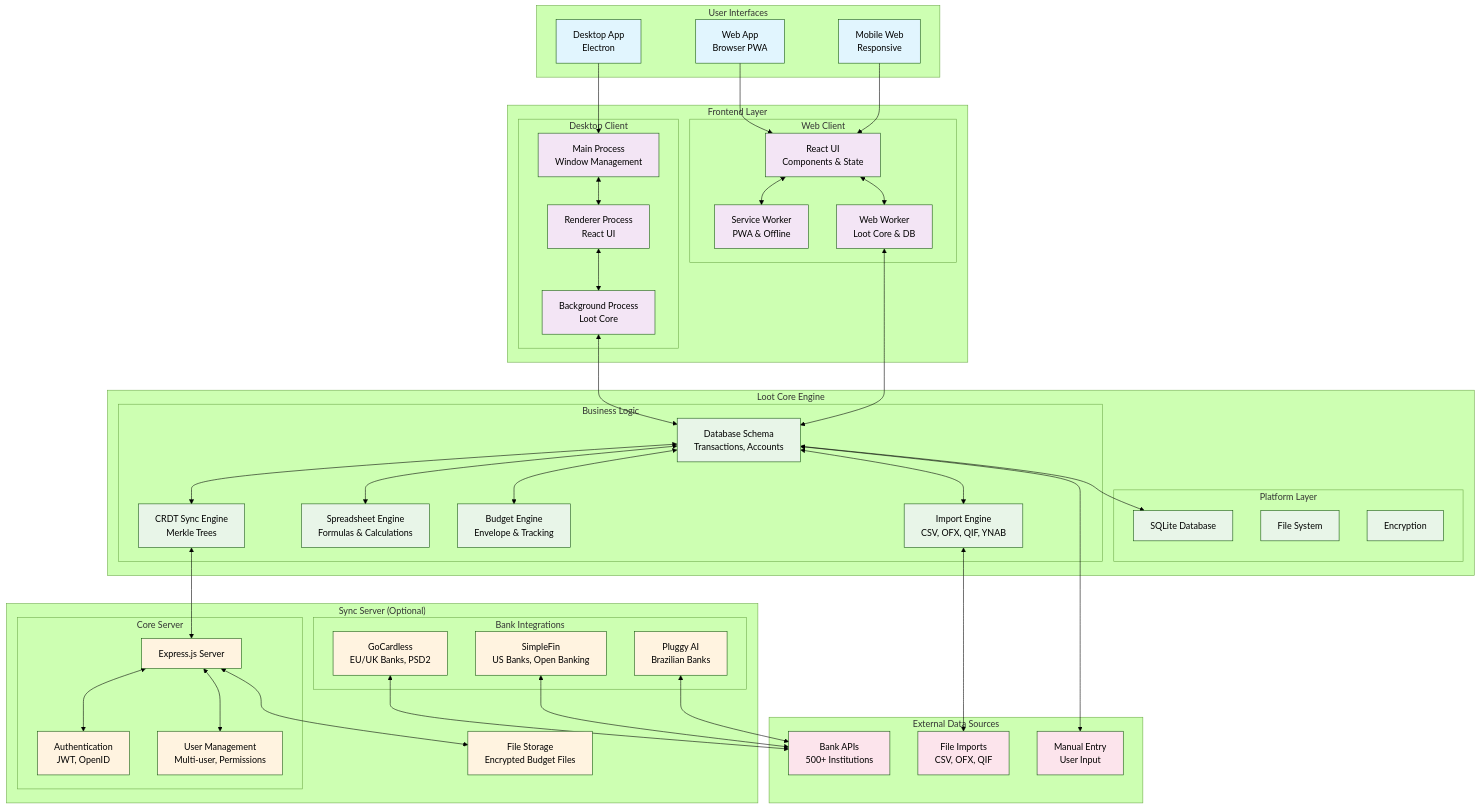
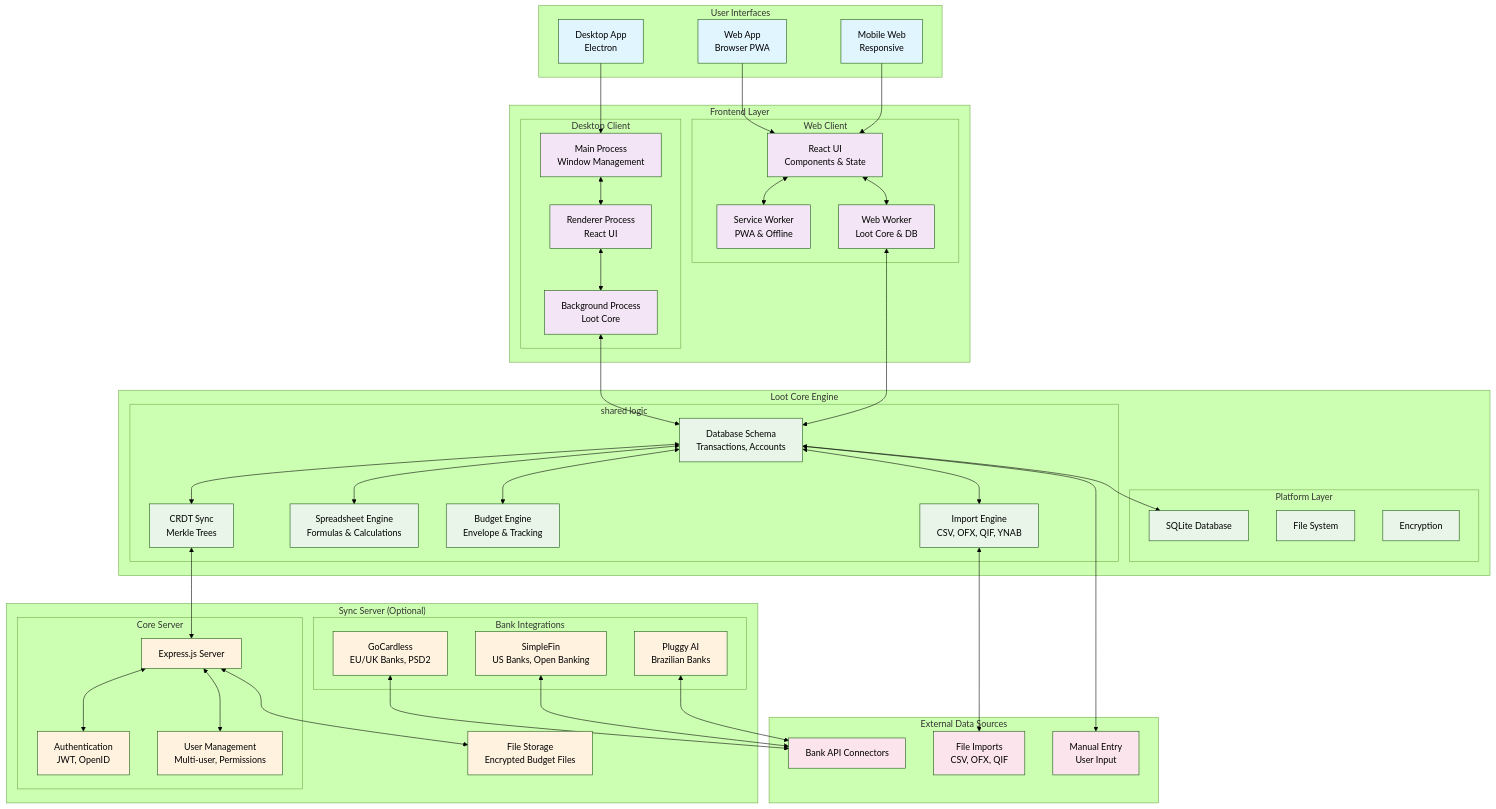
The seventh of 9 diagrams in docs/contributing/project-details/architecture-diagram.md (actualbudget/docs), drawn with Mermaid (forest theme) before and after one commit. The commit also changed other lines of this file and 1 other file, not shown here.

```diff
--- a/docs/contributing/project-details/architecture-diagram.md
+++ b/docs/contributing/project-details/architecture-diagram.md
@@ -246,23 +319,32 @@
 graph TB
     %% User Layer
     subgraph "User Interfaces"
-        Desktop[Desktop App<br/>Electron]
-        Web[Web App<br/>Browser PWA]
-        Mobile[Mobile Web<br/>Responsive]
+        Desktop[Desktop App
+        Electron]
+        Web[Web App
+        Browser PWA]
+        Mobile[Mobile Web
+        Responsive]
     end
 
     %% Frontend Layer
     subgraph "Frontend Layer"
         subgraph "Desktop Client"
-            MainProc[Main Process<br/>Window Management]
-            RendProc[Renderer Process<br/>React UI]
-            BgProc[Background Process<br/>Loot Core]
+            MainProc[Main Process
+            Window Management]
+            RendProc[Renderer Process
+            React UI]
+            BgProc[Background Process
+            Loot Core]
         end
 
         subgraph "Web Client"
-            ReactUI[React UI<br/>Components & State]
-            ServiceWorker[Service Worker<br/>PWA & Offline]
-            WebWorker[Web Worker<br/>Loot Core & DB]
+            ReactUI[React UI
+            Components & State]
+            ServiceWorker[Service Worker
+            PWA & Offline]
+            WebWorker[Web Worker
+            Loot Core & DB]
         end
     end
 
@@ -274,12 +356,17 @@
             Crypto[Encryption]
         end
 
-        subgraph "Business Logic"
-            Database[Database Schema<br/>Transactions, Accounts]
-            Sync[CRDT Sync Engine<br/>Merkle Trees]
-            Spreadsheet[Spreadsheet Engine<br/>Formulas & Calculations]
-            Budget[Budget Engine<br/>Envelope & Tracking]
-            Importers[Import Engine<br/>CSV, OFX, QIF, YNAB]
+        subgraph "shared logic"
+            Database[Database Schema
+            Transactions, Accounts]
+            Sync[CRDT Sync
+            Merkle Trees]
+            Spreadsheet[Spreadsheet Engine
+            Formulas & Calculations]
+            Budget[Budget Engine
+            Envelope & Tracking]
+            Importers[Import Engine
+            CSV, OFX, QIF, YNAB]
         end
     end
 
@@ -287,24 +374,32 @@
     subgraph "Sync Server (Optional)"
         subgraph "Core Server"
             ExpressJS[Express.js Server]
-            Auth[Authentication<br/>JWT, OpenID]
-            UserMgmt[User Management<br/>Multi-user, Permissions]
+            Auth[Authentication
+            JWT, OpenID]
+            UserMgmt[User Management
+            Multi-user, Permissions]
         end
 
         subgraph "Bank Integrations"
-            GoCardless[GoCardless<br/>EU/UK Banks, PSD2]
-            SimpleFin[SimpleFin<br/>US Banks, Open Banking]
-            PluggyAI[Pluggy AI<br/>Brazilian Banks]
+            GoCardless[GoCardless
+            EU/UK Banks, PSD2]
+            SimpleFin[SimpleFin
+            US Banks, Open Banking]
+            PluggyAI[Pluggy AI
+            Brazilian Banks]
         end
 
-        FileStorage[File Storage<br/>Encrypted Budget Files]
+        FileStorage[File Storage
+        Encrypted Budget Files]
     end
 
     %% External Systems
     subgraph "External Data Sources"
-        BankAPIs[Bank APIs<br/>500+ Institutions]
-        FileImports[File Imports<br/>CSV, OFX, QIF]
-        ManualEntry[Manual Entry<br/>User Input]
+        BankAPIs[Bank API Connectors]
+        FileImports[File Imports
+        CSV, OFX, QIF]
+        ManualEntry[Manual Entry
+        User Input]
     end
 
     %% Data Flow Connections
```
